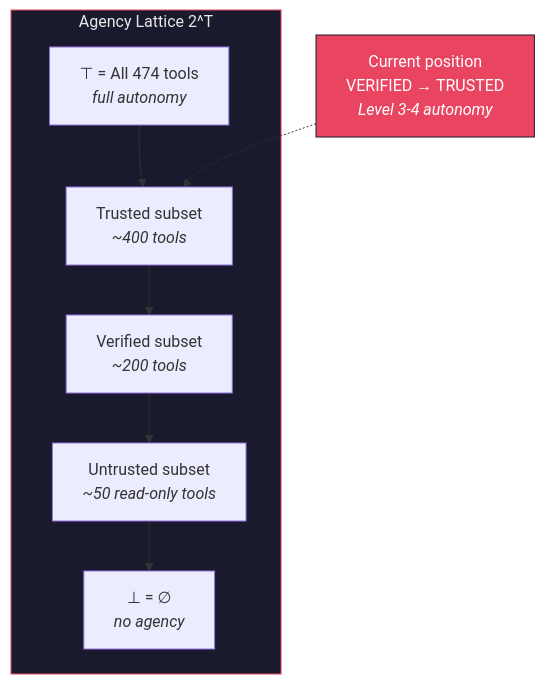
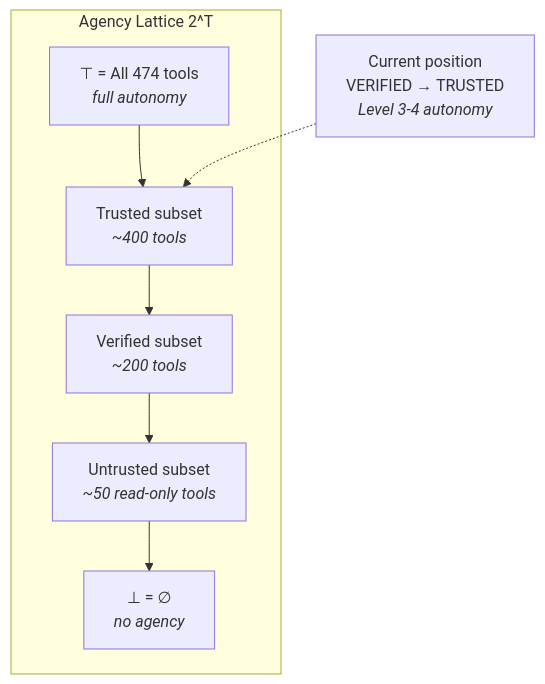
The second of 3 diagrams in docs/agi/tool_use_and_agency.md (docxology/codomyrmex), drawn with Mermaid before and after one commit. The commit also changed other lines of this file and 86 other files, not shown here.

````diff
--- a/docs/agi/tool_use_and_agency.md
+++ b/docs/agi/tool_use_and_agency.md
@@ -95,18 +90,15 @@
 ```mermaid
 graph TD
     subgraph LATTICE["Agency Lattice 2^T"]
         TOP["⊤ = All 474 tools<br/><i>full autonomy</i>"]
         TRUSTED["Trusted subset<br/><i>~400 tools</i>"]
         VERIFIED["Verified subset<br/><i>~200 tools</i>"]
         UNTRUSTED["Untrusted subset<br/><i>~50 read-only tools</i>"]
         BOT["⊥ = ∅<br/><i>no agency</i>"]
     end
 
     TOP --> TRUSTED --> VERIFIED --> UNTRUSTED --> BOT
 
     CDM["Current position<br/>VERIFIED → TRUSTED<br/><i>Level 3-4 autonomy</i>"]
     CDM -.-> TRUSTED
-
-    style LATTICE fill:#1a1a2e,stroke:#e94560,color:#e8e8e8
-    style CDM fill:#e94560,stroke:#1a1a2e,color:#fff
 ```
````
